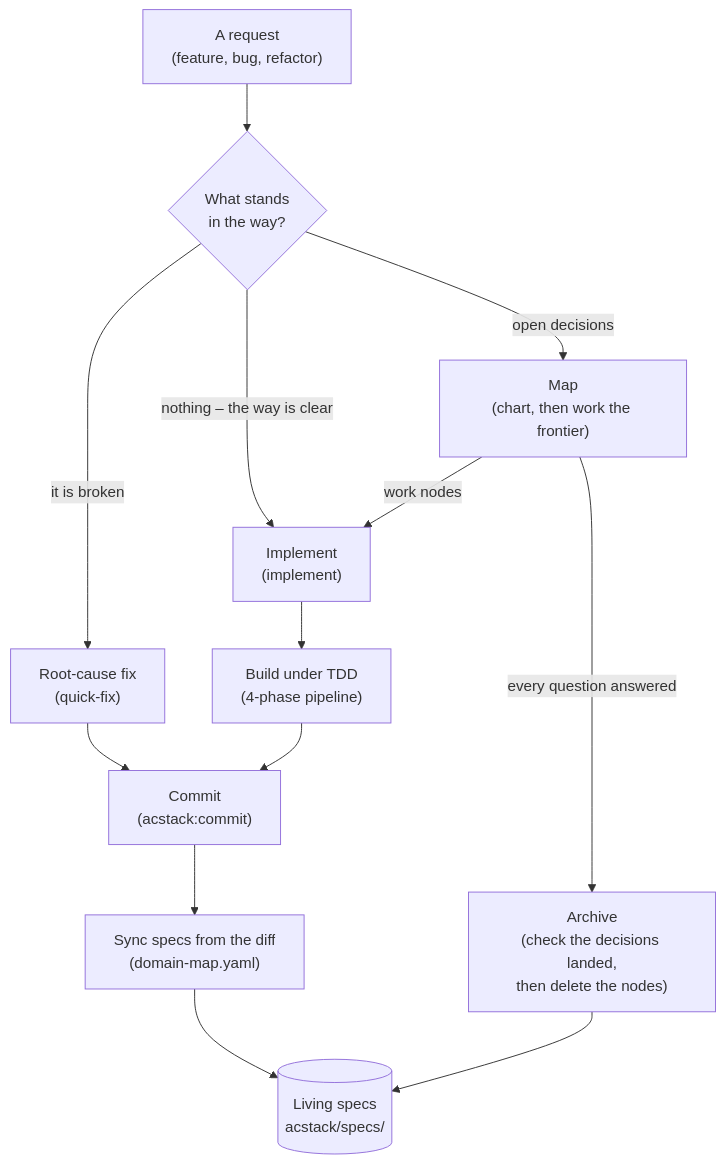
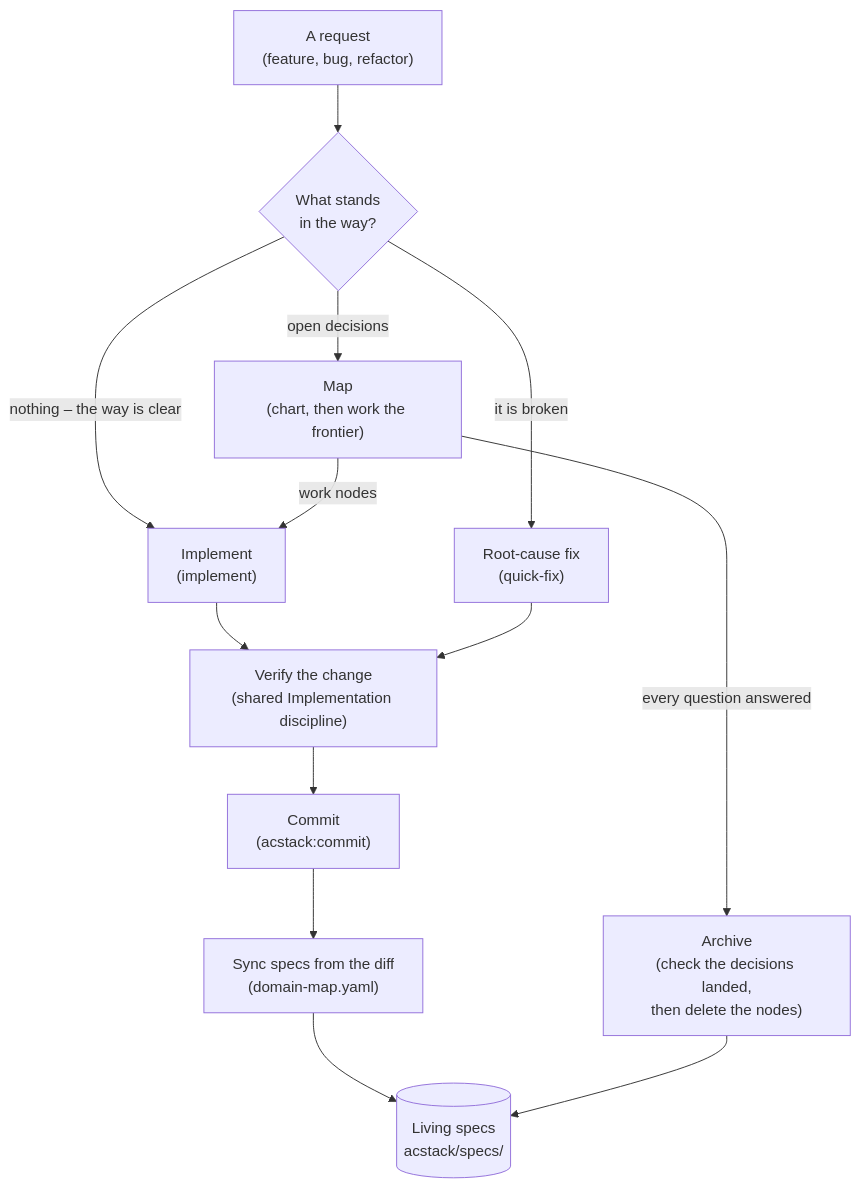
Before and after one commit to ac8318740/acstack: the first of 2 diagrams in docs/workflows.md, drawn with Mermaid. The commit also changed other lines of this file and 48 other files, not shown here.

````diff
--- a/docs/workflows.md
+++ b/docs/workflows.md
@@ -13,15 +13,15 @@
 ```mermaid
 flowchart TD
     R["A request<br/>(feature, bug, refactor)"] --> Q{"What stands<br/>in the way?"}
     Q -->|"nothing – the way is clear"| I["Implement<br/>(implement)"]
     Q -->|"it is broken"| F["Root-cause fix<br/>(quick-fix)"]
     Q -->|"open decisions"| M["Map<br/>(chart, then work the frontier)"]
     M -->|"work nodes"| I
-    I --> T["Build under TDD<br/>(4-phase pipeline)"]
-    F --> C["Commit<br/>(acstack:commit)"]
-    T --> C
+    I --> T["Verify the change<br/>(shared Implementation discipline)"]
+    F --> T
+    T --> C["Commit<br/>(acstack:commit)"]
     C --> Y["Sync specs from the diff<br/>(domain-map.yaml)"]
     Y --> L[("Living specs<br/>acstack/specs/")]
     M -->|"every question answered"| A["Archive<br/>(check the decisions landed,<br/>then delete the nodes)"]
     A --> L
 ```
````
